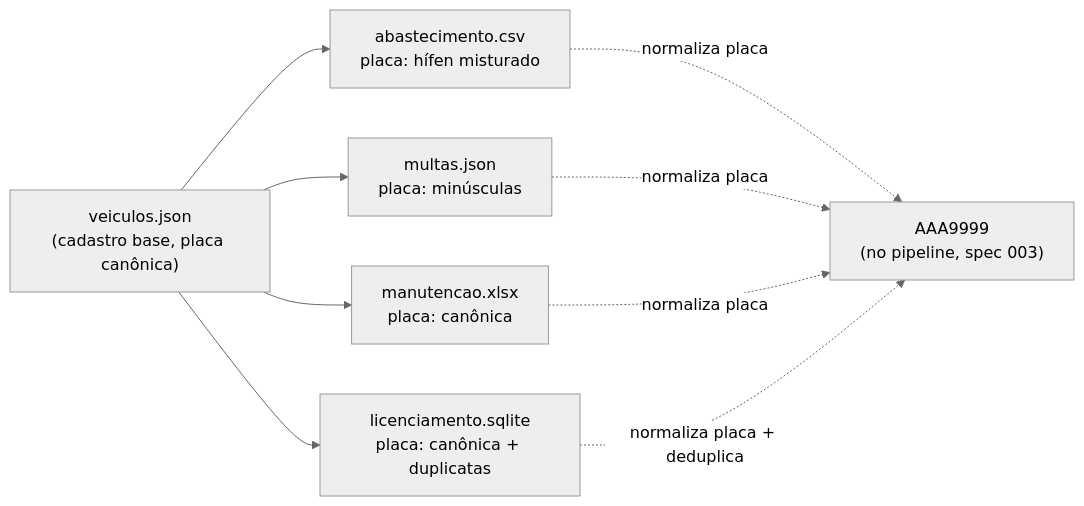
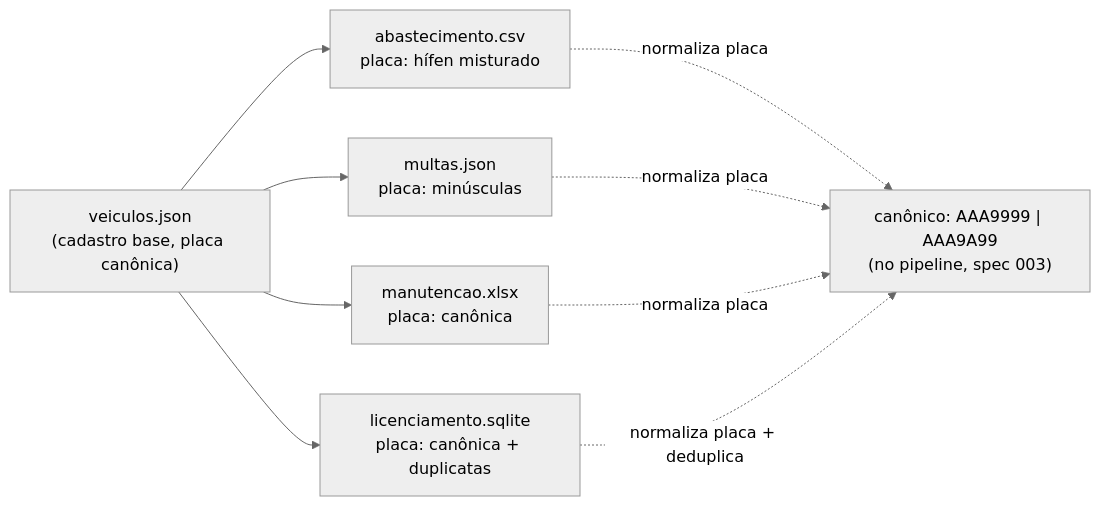
One commit to rc-ventura/floripa-frota-inteligente changed the diagram in specs/001-fontes-dados-simuladas/data-model.md. Above: the diagram before and after it, drawn with Mermaid (neutral theme). The commit also changed other lines of this file and 23 other files, not shown here.

````diff
--- a/specs/001-fontes-dados-simuladas/data-model.md
+++ b/specs/001-fontes-dados-simuladas/data-model.md
@@ -176,16 +199,16 @@
 ```mermaid
 flowchart LR
     CAD["veiculos.json<br/>(cadastro base, placa canônica)"]
     F1["abastecimento.csv<br/>placa: hífen misturado"]
     F2["multas.json<br/>placa: minúsculas"]
     F3["manutencao.xlsx<br/>placa: canônica"]
     F4["licenciamento.sqlite<br/>placa: canônica + duplicatas"]
     CAD --> F1
     CAD --> F2
     CAD --> F3
     CAD --> F4
-    F1 -. normaliza placa .-> CAN["AAA9999<br/>(no pipeline, spec 003)"]
+    F1 -. normaliza placa .-> CAN["canônico: AAA9999 | AAA9A99<br/>(no pipeline, spec 003)"]
     F2 -. normaliza placa .-> CAN
     F3 -. normaliza placa .-> CAN
     F4 -. normaliza placa + deduplica .-> CAN
 ```
````
